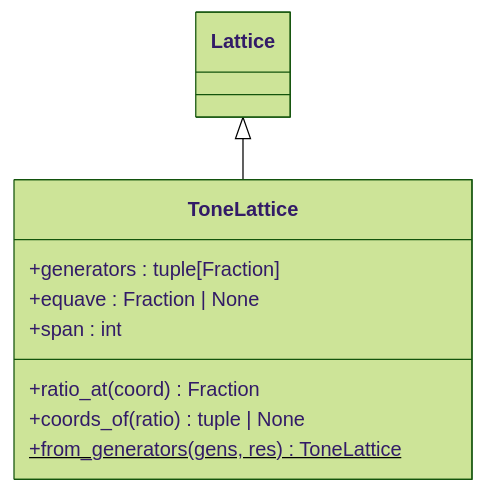
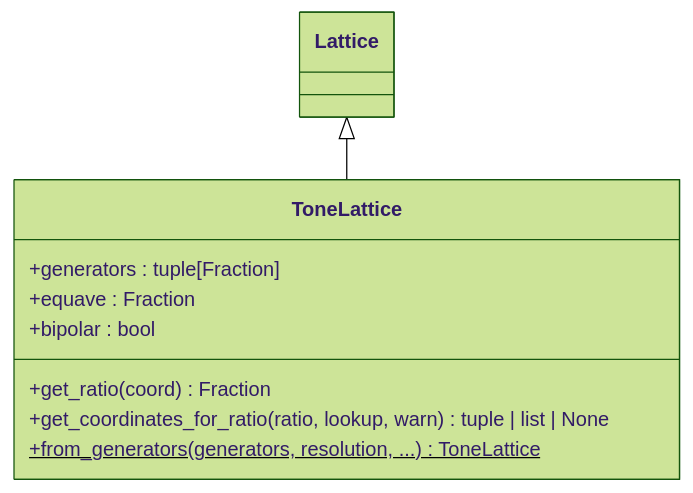
The third of 5 diagrams in docs/architecture/03_TONOS.md (kr4g/Klotho), drawn with Mermaid (forest theme) before and after one commit. The commit also changed other lines of this file and 13 other files, not shown here.

First line of the commit message:
Overhaul architecture docs for Klotho 10.x API

````diff
--- a/docs/architecture/03_TONOS.md
+++ b/docs/architecture/03_TONOS.md
@@ -239,13 +266,13 @@
 ```mermaid
 classDiagram
     Lattice <|-- ToneLattice
 
     class ToneLattice {
         +generators : tuple[Fraction]
-        +equave : Fraction | None
-        +span : int
-        +ratio_at(coord) Fraction
-        +coords_of(ratio) tuple | None
-        +from_generators(gens, res) ToneLattice$
+        +equave : Fraction
+        +bipolar : bool
+        +get_ratio(coord) Fraction
+        +get_coordinates_for_ratio(ratio, lookup, warn) tuple | list | None
+        +from_generators(generators, resolution, ...)$ ToneLattice
     }
 ```
````
